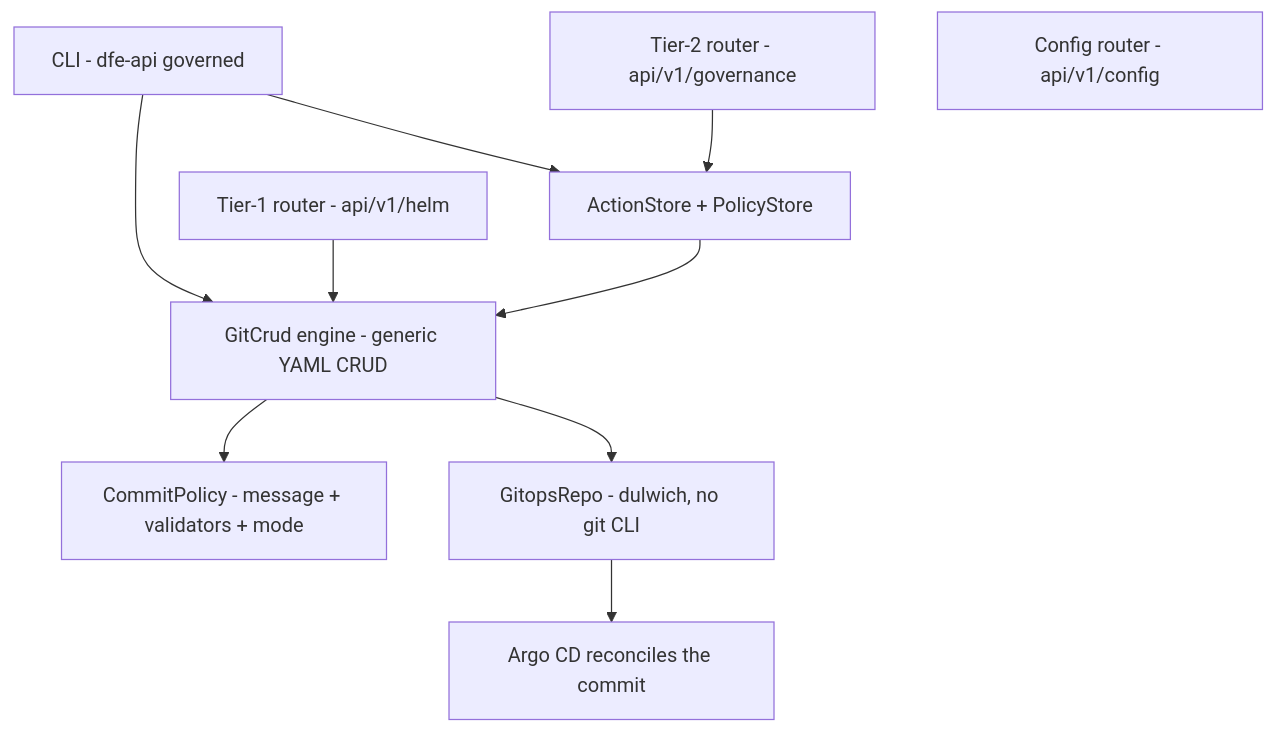
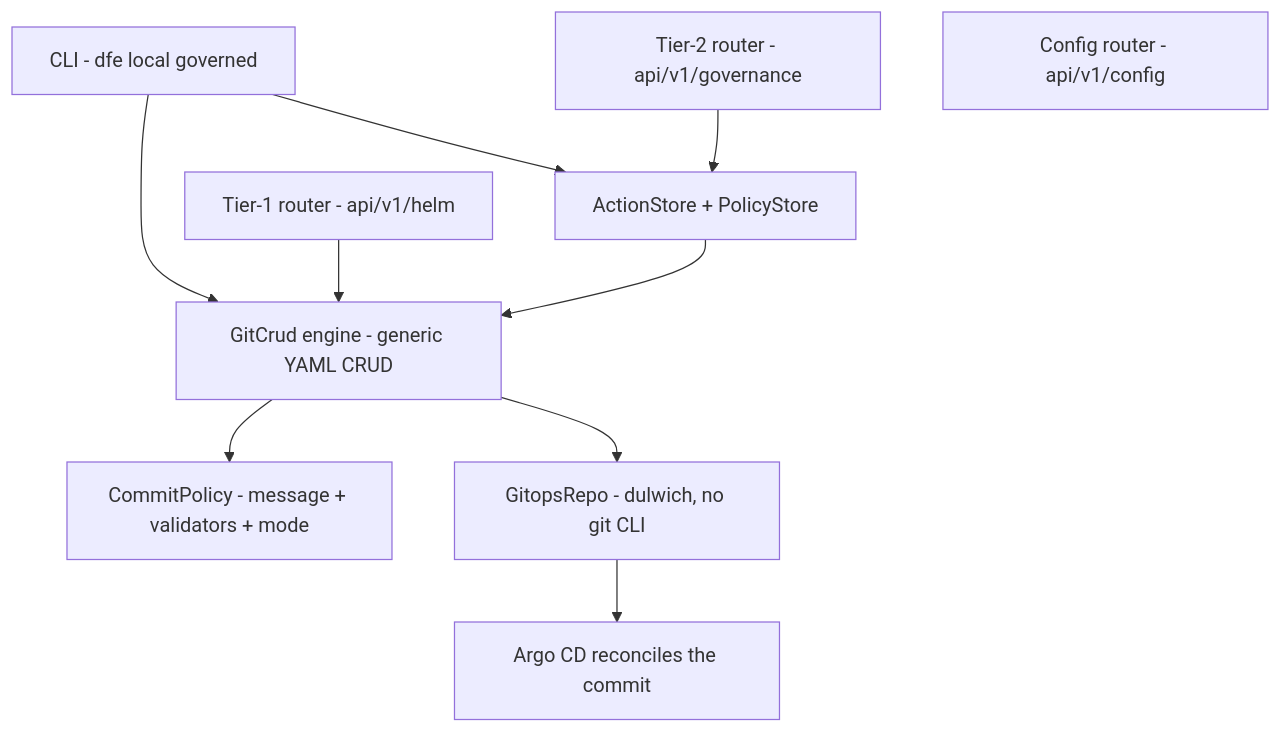
Before and after one commit to hyperi-io/dfe-engine: the first of 8 diagrams in docs/GOVERNED-OPS-DESIGN.md, drawn with Mermaid. The commit also changed other lines of this file and 43 other files, not shown here.

First line of the commit message:
feat: auto-generated dfe CLI from OpenAPI

````diff
--- a/docs/GOVERNED-OPS-DESIGN.md
+++ b/docs/GOVERNED-OPS-DESIGN.md
@@ -22,21 +22,21 @@
 ```mermaid
 graph TD
-    CLI["CLI - dfe-api governed"]
+    CLI["CLI - dfe local governed"]
     HelmRouter["Tier-1 router - api/v1/helm"]
     GovRouter["Tier-2 router - api/v1/governance"]
     ConfigRouter["Config router - api/v1/config"]
     Actions["ActionStore + PolicyStore"]
     GitCrud["GitCrud engine - generic YAML CRUD"]
     CommitPolicy["CommitPolicy - message + validators + mode"]
     Repo["GitopsRepo - dulwich, no git CLI"]
     Argo["Argo CD reconciles the commit"]
 
     CLI --> GitCrud
     CLI --> Actions
     HelmRouter --> GitCrud
     GovRouter --> Actions
     Actions --> GitCrud
     GitCrud --> CommitPolicy
     GitCrud --> Repo
     Repo --> Argo
 ```
````
